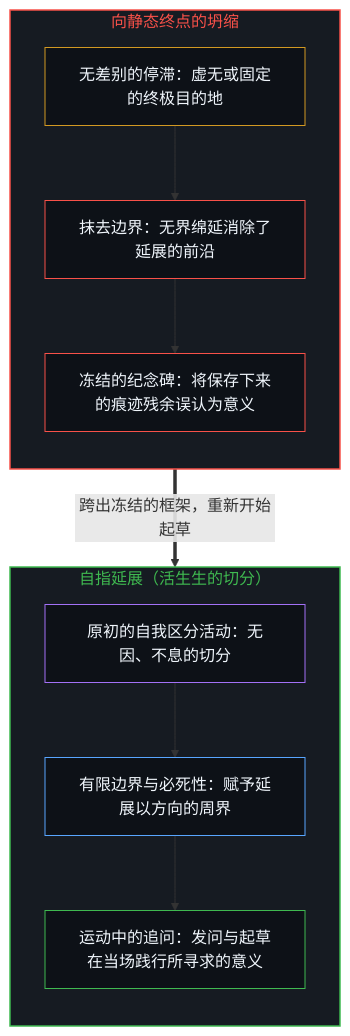
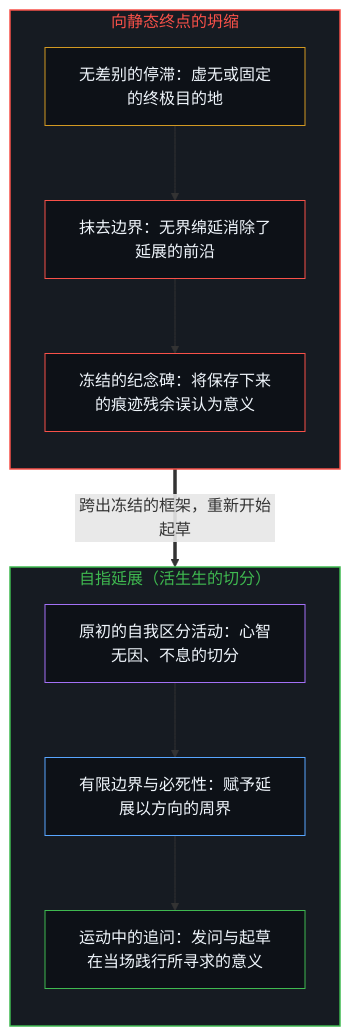
Before and after one commit to powerpig99/not-a-toe: the first of 2 diagrams in content/posts/meaning-of-life-refined.md, drawn with Mermaid. The commit also changed other lines of this file and 7 other files, not shown here.

````diff
--- a/content/posts/meaning-of-life-refined.md
+++ b/content/posts/meaning-of-life-refined.md
@@ -27,26 +27,26 @@
 ```mermaid
 flowchart TD
     subgraph S_Stasis["向静态终点的坍缩"]
         direction TB
         C_Void["无差别的停滞：虚无或固定的终极目的地"]
         C_Bound["抹去边界：无界绵延消除了延展的前沿"]
         C_Freeze["冻结的纪念碑：将保存下来的痕迹残余误认为意义"]
         C_Void --> C_Bound --> C_Freeze
     end
     subgraph S_Live["自指延展（活生生的切分）"]
         direction TB
-        L_Act["原初的自我区分活动：无因、不息的切分"]
+        L_Act["原初的自我区分活动：心智无因、不息的切分"]
         L_Edge["有限边界与必死性：赋予延展以方向的周界"]
         L_Ask["运动中的追问：发问与起草在当场践行所寻求的意义"]
         L_Act --> L_Edge --> L_Ask
     end
     C_Freeze ==>|"跨出冻结的框架，重新开始起草"| L_Act
     style S_Stasis fill:#161b22,stroke:#f85149,stroke-width:1.5px,color:#f85149
     style S_Live fill:#161b22,stroke:#3fb950,stroke-width:1.5px,color:#3fb950
     style C_Void fill:#0d1117,stroke:#d29922,stroke-width:1px,color:#f0f6fc
     style C_Bound fill:#0d1117,stroke:#f85149,stroke-width:1px,color:#f0f6fc
     style C_Freeze fill:#0d1117,stroke:#f85149,stroke-width:1px,color:#f0f6fc
     style L_Act fill:#0d1117,stroke:#a371f7,stroke-width:1px,color:#f0f6fc
     style L_Edge fill:#0d1117,stroke:#58a6ff,stroke-width:1px,color:#f0f6fc
     style L_Ask fill:#0d1117,stroke:#3fb950,stroke-width:1px,color:#f0f6fc
 ```
````
